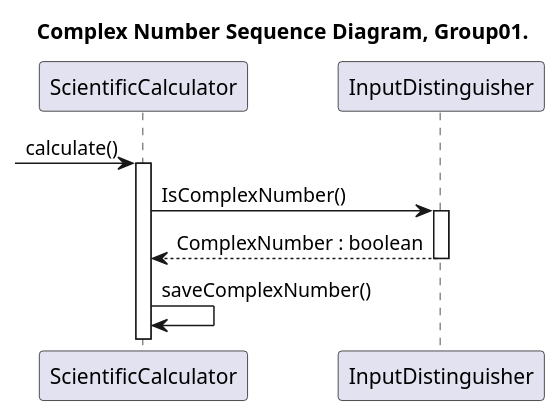
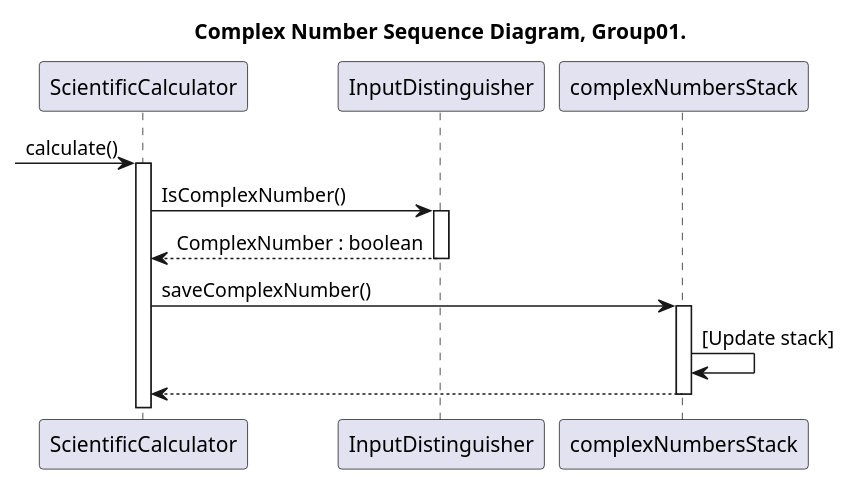
The diagram in sequence_diagram/ComplexNumber_SequenceDiagram_Group01.puml (CiroCutolo/Scientific_Calculator_group01_2023), drawn with PlantUML before and after one commit. The commit also changed 10 other files, not shown here.

Commit message:
Modifiche apportate ad i sequence diagrams.

```diff
--- a/sequence_diagram/ComplexNumber_SequenceDiagram_Group01.puml
+++ b/sequence_diagram/ComplexNumber_SequenceDiagram_Group01.puml
@@ -1,19 +1,24 @@
 @startuml SequenceDiagram
 
 title Complex Number Sequence Diagram, Group01.
 
 participant ScientificCalculator as calc
 participant InputDistinguisher as input
+participant complexNumbersStack as num_stack
 
 
 -> calc:calculate()
 activate calc
 
 calc -> input : IsComplexNumber()
 activate input
 input --> calc : ComplexNumber : boolean
 deactivate input
 
-calc -> calc : saveComplexNumber()
+calc -> num_stack : saveComplexNumber()
+activate num_stack
+num_stack -> num_stack : [Update stack]
+num_stack --> calc
+deactivate num_stack
 
 @enduml
```
